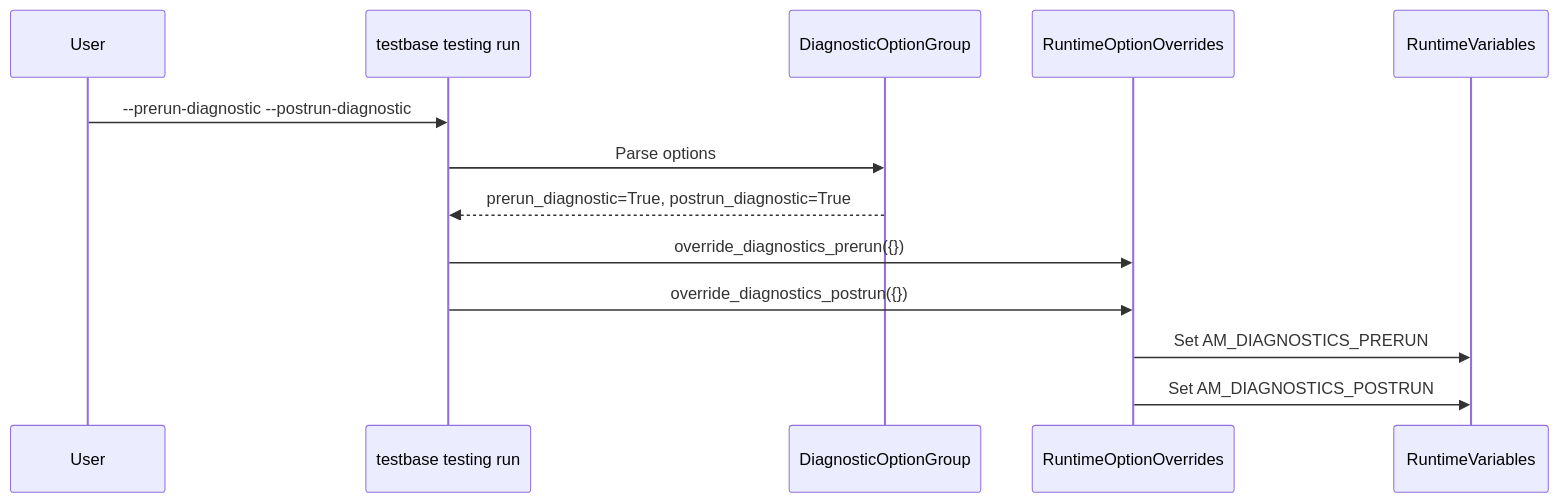
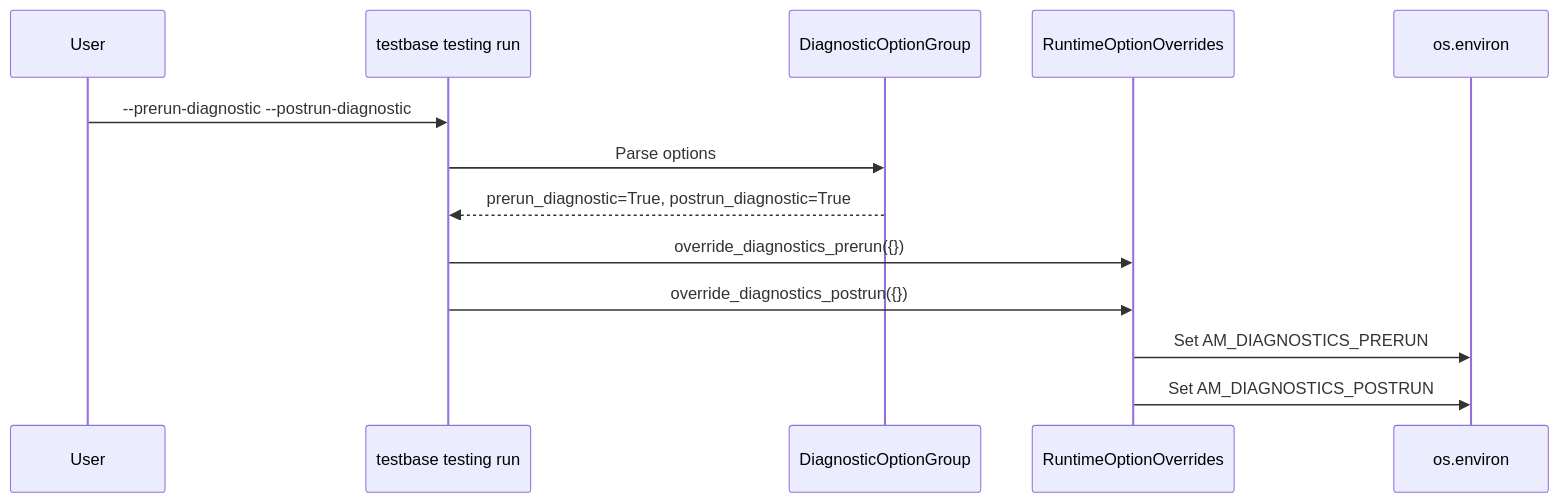
The ninth of 9 diagrams in specs/diagnostics/design.md (code-craft-ai-company/codecraftai-testbase), drawn with Mermaid before and after one commit. The commit also changed other lines of this file and 109 other files, not shown here.

````diff
--- a/specs/diagnostics/design.md
+++ b/specs/diagnostics/design.md
@@ -305,16 +309,16 @@
 ```mermaid
 sequenceDiagram
     participant User
     participant CLI as testbase testing run
     participant DOG as DiagnosticOptionGroup
     participant RO as RuntimeOptionOverrides
-    participant RV as RuntimeVariables
+    participant ENV as os.environ
     
     User->>CLI: --prerun-diagnostic --postrun-diagnostic
     CLI->>DOG: Parse options
     DOG-->>CLI: prerun_diagnostic=True, postrun_diagnostic=True
     CLI->>RO: override_diagnostics_prerun({})
     CLI->>RO: override_diagnostics_postrun({})
-    RO->>RV: Set AM_DIAGNOSTICS_PRERUN
-    RO->>RV: Set AM_DIAGNOSTICS_POSTRUN
+    RO->>ENV: Set AM_DIAGNOSTICS_PRERUN
+    RO->>ENV: Set AM_DIAGNOSTICS_POSTRUN
 ```
````
